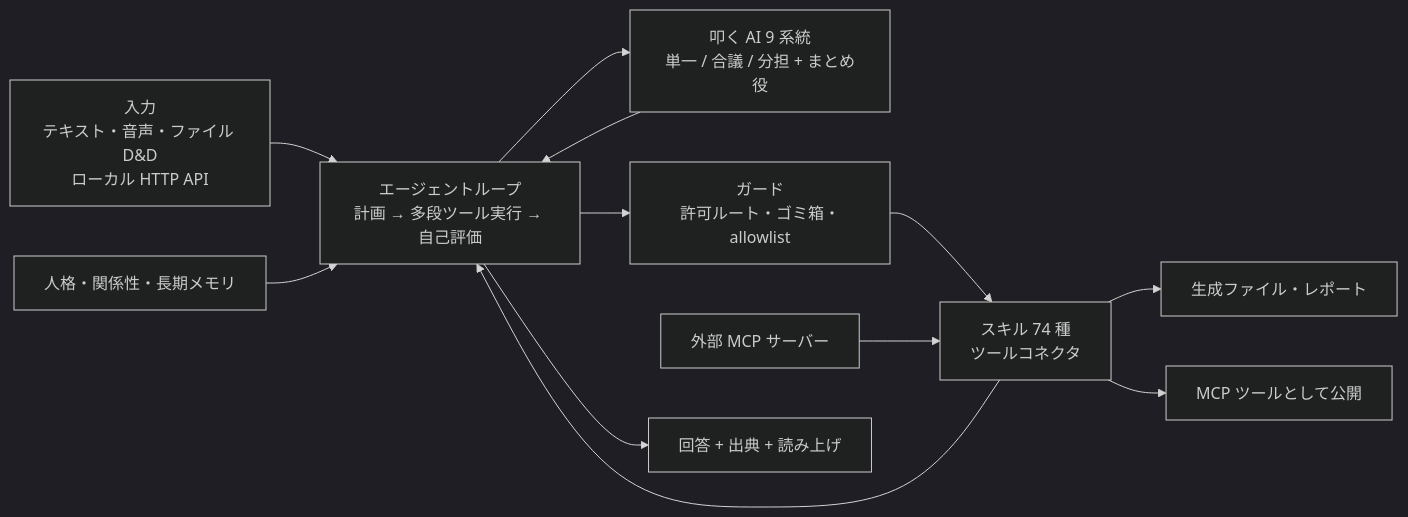
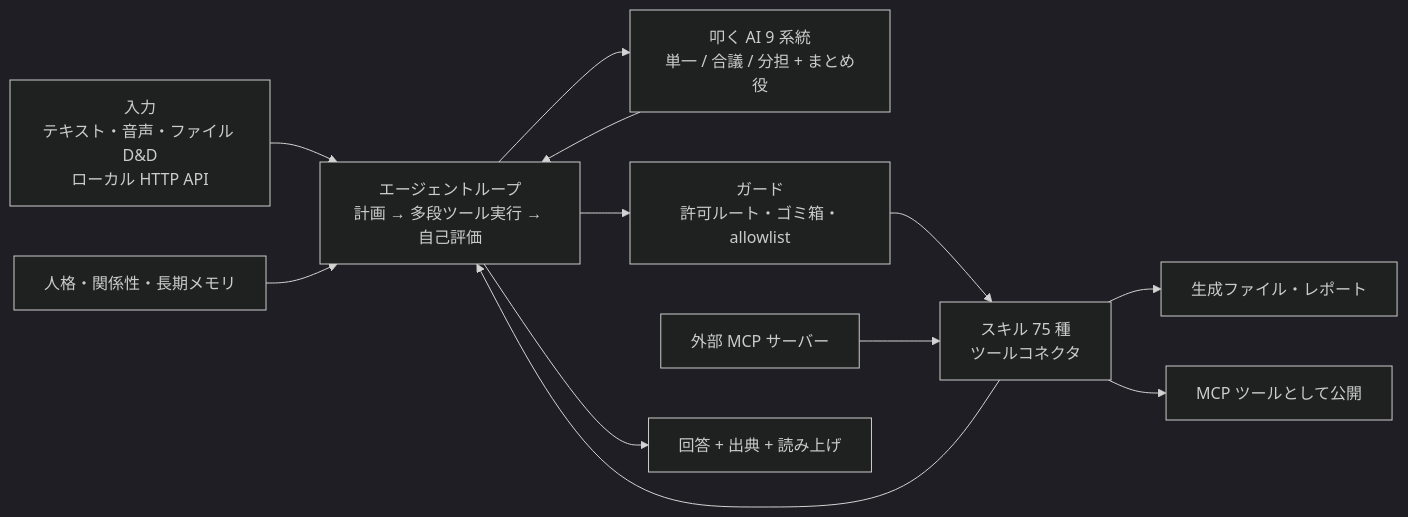
One commit to benybeny777/PicoAgent changed the second of 2 diagrams in README.md. Above: the diagram before and after it, drawn with Mermaid (dark theme). The commit also changed other lines of this file and 17 other files, not shown here.

````diff
--- a/README.md
+++ b/README.md
@@ -362,14 +370,14 @@
 ```mermaid
 flowchart LR
   IN["入力<br/>テキスト・音声・ファイル D&amp;D<br/>ローカル HTTP API"] --> LOOP
   PERSONA["人格・関係性・長期メモリ"] --> LOOP
   LOOP["エージェントループ<br/>計画 → 多段ツール実行 → 自己評価"] --> AI
   AI["叩く AI 9 系統<br/>単一 / 合議 / 分担 + まとめ役"] --> LOOP
   LOOP --> GUARD["ガード<br/>許可ルート・ゴミ箱・allowlist"]
-  GUARD --> SKILLS["スキル 74 種<br/>ツールコネクタ"]
+  GUARD --> SKILLS["スキル 75 種<br/>ツールコネクタ"]
   SKILLS --> LOOP
   MCPIN["外部 MCP サーバー"] --> SKILLS
   LOOP --> OUT["回答 + 出典 + 読み上げ"]
   SKILLS --> FILES["生成ファイル・レポート"]
   SKILLS --> MCPOUT["MCP ツールとして公開"]
 ```
````
